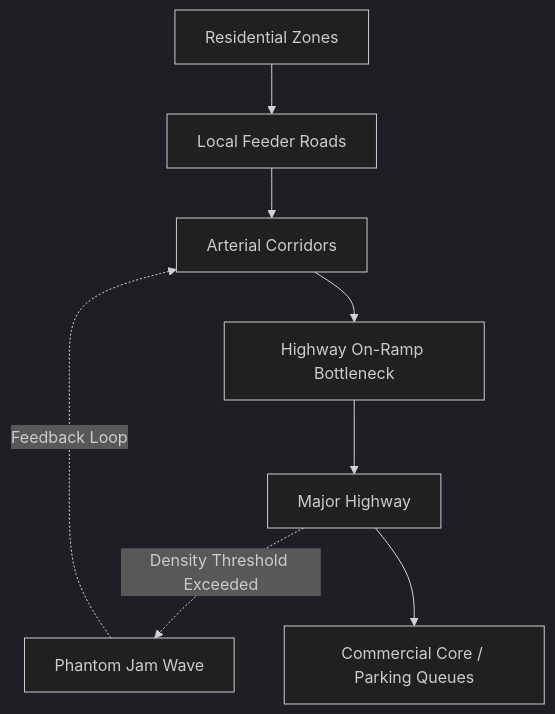
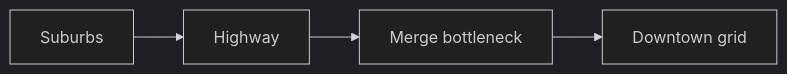
Before and after one commit to 07AMIT10/chaitra: the diagram in drishti/studies/URBAN_TRAFFIC_NETWORKS/README.md, drawn with Mermaid (dark theme). The commit also changed other lines of this file and 47 other files, not shown here.

````diff
--- a/drishti/studies/URBAN_TRAFFIC_NETWORKS/README.md
+++ b/drishti/studies/URBAN_TRAFFIC_NETWORKS/README.md
@@ -17,11 +13,6 @@
 ```mermaid
-flowchart TD
-  Start[Residential Zones] --> Local[Local Feeder Roads]
-  Local --> Arterial[Arterial Corridors]
-  Arterial --> Ramp[Highway On-Ramp Bottleneck]
-  Ramp --> Highway[Major Highway]
-  Highway -.->|Density Threshold Exceeded| Jam[Phantom Jam Wave]
-  Highway --> Downtown[Commercial Core / Parking Queues]
-
-  Jam -.->|Feedback Loop| Arterial
+flowchart LR
+  Suburb[Suburbs] --> Hwy[Highway]
+  Hwy --> Merge[Merge bottleneck]
+  Merge --> Downtown[Downtown grid]
 ```
````
